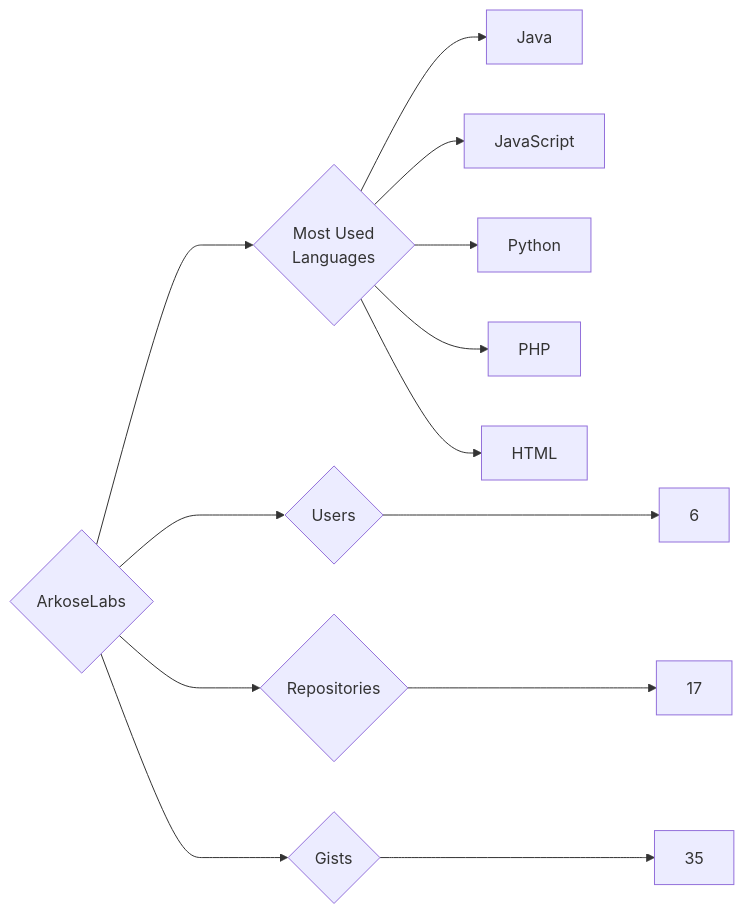
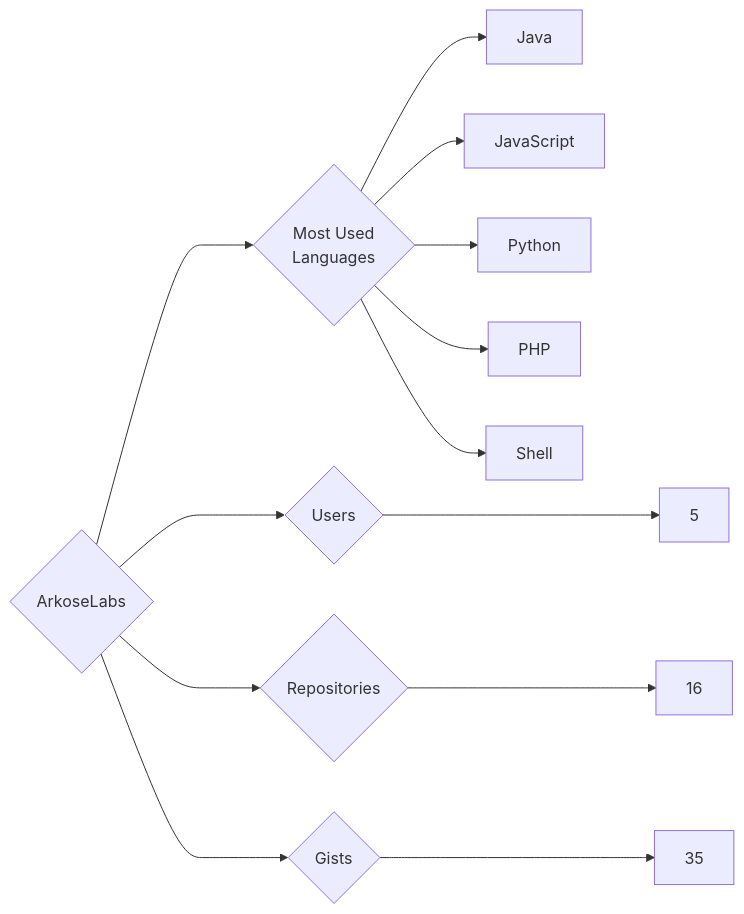
One commit to trickest/insiders changed the diagram in targets/ArkoseLabs/README.md. Above: the diagram before and after it, drawn with Mermaid. The commit also changed 1078 other files, not shown here.

````diff
--- a/targets/ArkoseLabs/README.md
+++ b/targets/ArkoseLabs/README.md
@@ -3,13 +3,13 @@
 ```mermaid
 graph LR
 COMPANY_NAME{ArkoseLabs}
-COMPANY_NAME ---> U{Users} ---> UN[6]
-COMPANY_NAME ---> R{Repositories} ---> RN[17]
+COMPANY_NAME ---> U{Users} ---> UN[5]
+COMPANY_NAME ---> R{Repositories} ---> RN[16]
 COMPANY_NAME ---> G{Gists} ---> GN[35]
 COMPANY_NAME ---> ML{Most Used<br>Languages}
 ML --> Java[Java]
 ML --> JavaScript[JavaScript]
 ML --> Python[Python]
 ML --> PHP[PHP]
-ML --> HTML[HTML]
+ML --> Shell[Shell]
 ```
````
